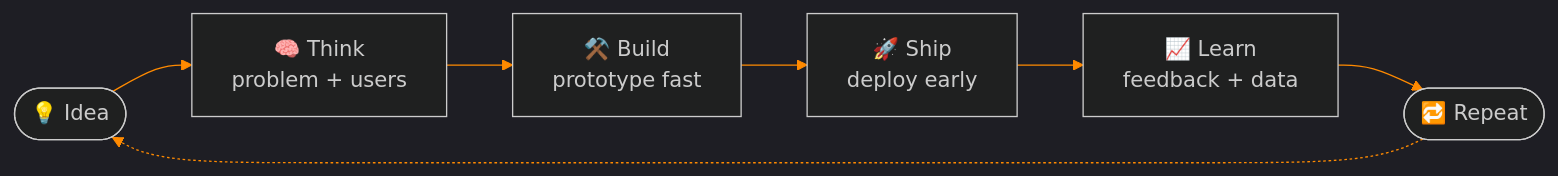
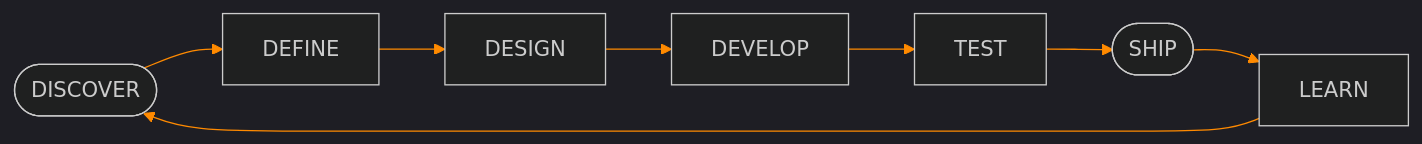
One commit to Vinod1234-JPG/Vinod1234-JPG changed the diagram in README.md. Above: the diagram before and after it, drawn with Mermaid. The commit also changed other lines of this file, not shown here.

````diff
--- a/README.md
+++ b/README.md
@@ -142,10 +137,11 @@
-```mermaid
-%%{init: {'theme':'dark','themeVariables':{'primaryColor':'#1a0f05','primaryBorderColor':'#FF6A00','primaryTextColor':'#ffffff','lineColor':'#FF8A00','fontFamily':'monospace'}}}%%
+~~~mermaid
+%%{init: {'theme':'dark','themeVariables':{'primaryColor':'#211306','primaryBorderColor':'#FF6A00','primaryTextColor':'#FFFFFF','lineColor':'#FF8A00','fontFamily':'monospace'}}}%%
 flowchart LR
-    A([💡 Idea]) --> B[🧠 Think<br/>problem + users]
-    B --> C[⚒️ Build<br/>prototype fast]
-    C --> D[🚀 Ship<br/>deploy early]
-    D --> E[📈 Learn<br/>feedback + data]
-    E --> F([🔁 Repeat])
-    F -.-> A
-```
+    A([DISCOVER]) --> B[DEFINE]
+    B --> C[DESIGN]
+    C --> D[DEVELOP]
+    D --> E[TEST]
+    E --> F([SHIP])
+    F --> G[LEARN]
+    G --> A
+~~~
````
